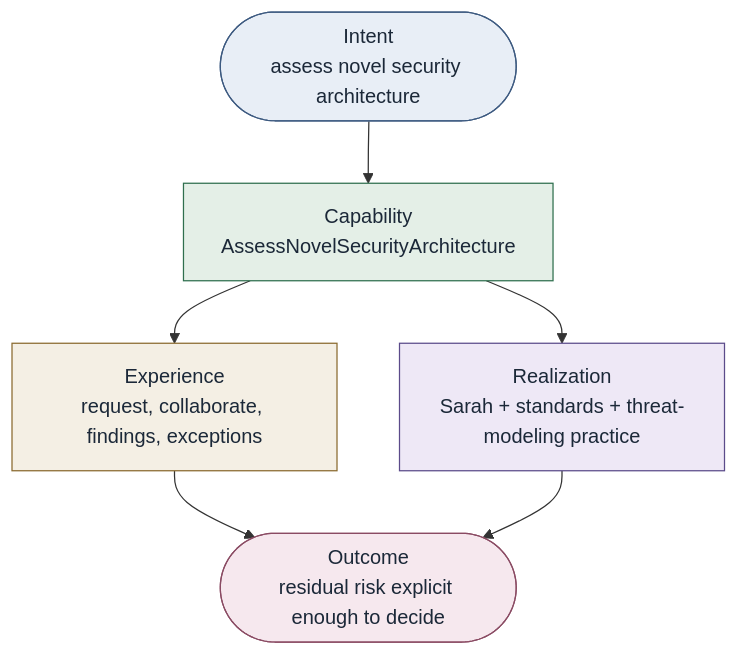
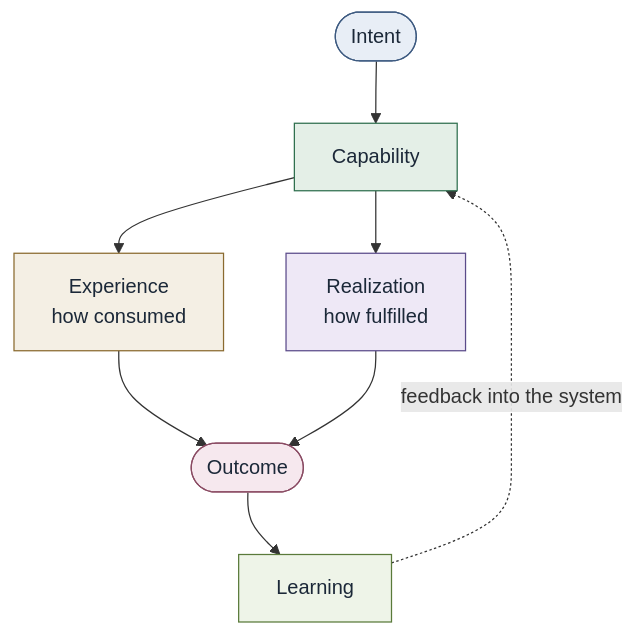
The diagram in diagrams/assess-novel-security-architecture.md (opsdevcode/convergence), drawn with Mermaid before and after one commit. The commit also changed other lines of this file and 24 other files, not shown here.

````diff
--- a/diagrams/assess-novel-security-architecture.md
+++ b/diagrams/assess-novel-security-architecture.md
@@ -6,20 +7,25 @@
 ```mermaid
 flowchart TB
-  Intent(["Intent<br/>assess novel security architecture"]):::intent
-  Cap["Capability<br/>AssessNovelSecurityArchitecture"]:::cap
-  Exp["Experience<br/>request, collaborate, findings, exceptions"]:::exp
-  Real["Realization<br/>Sarah + standards + threat-modeling practice"]:::real
-  Out(["Outcome<br/>residual risk explicit enough to decide"]):::out
+  Intent(["Intent"]):::intent
+  Cap["Capability"]:::cap
+  Exp["Experience<br/>how consumed"]:::exp
+  Real["Realization<br/>how fulfilled"]:::real
+  Out(["Outcome"]):::out
+  Learn["Learning"]:::learn
 
   Intent --> Cap
   Cap --> Exp
   Cap --> Real
   Exp --> Out
   Real --> Out
+  Out --> Learn
+  Learn -.->|feedback into the system| Cap
 
   classDef intent fill:#E8EEF6,stroke:#3D5A80,color:#1B2838
   classDef cap fill:#E4EFE7,stroke:#2F6F4E,color:#1B2838
   classDef exp fill:#F4EFE4,stroke:#8A6A2F,color:#1B2838
   classDef real fill:#EEE8F6,stroke:#5B4B8A,color:#1B2838
   classDef out fill:#F6E8EE,stroke:#8A4B63,color:#1B2838
+  classDef learn fill:#EEF4E8,stroke:#5A7A3A,color:#1B2838
+  classDef team fill:#F3F4F6,stroke:#6B7280,color:#111827
 ```
````
